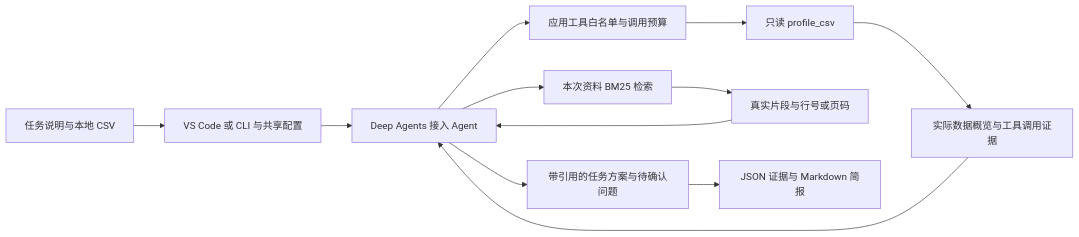
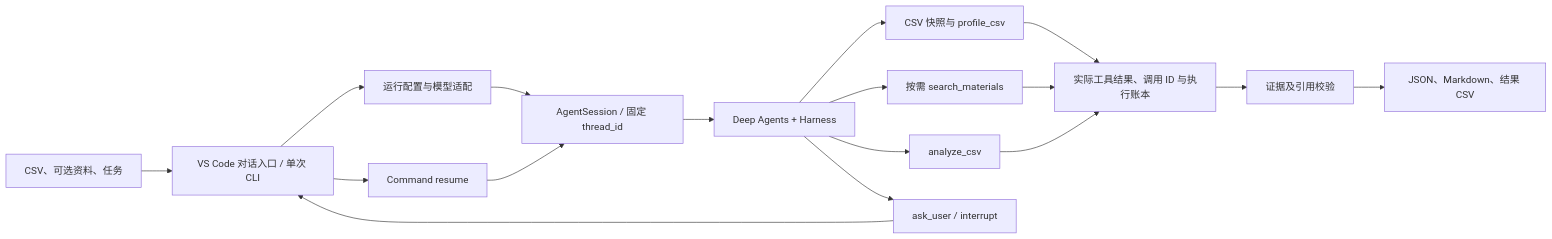
Before and after one commit to pypypaoying/LabWeaver: the diagram in docs/architecture.md, drawn with Mermaid. The commit also changed other lines of this file and 43 other files, not shown here.

Commit message:
feat: add automatic CSV statistics and resumable agent conversations

````diff
--- a/docs/architecture.md
+++ b/docs/architecture.md
@@ -5,14 +5,19 @@
 ```mermaid
 flowchart LR
-    U[任务说明与本地 CSV] --> C[VS Code 或 CLI 与共享配置]
-    C --> A[Deep Agents 接入 Agent]
-    A --> G[应用工具白名单与调用预算]
-    G --> P[只读 profile_csv]
-    P --> E[实际数据概览与工具调用证据]
-    E --> A
-    A --> S[本次资料 BM25 检索]
-    S --> D[真实片段与行号或页码]
-    D --> A
-    A --> Q[带引用的任务方案与待确认问题]
-    Q --> R[JSON 证据与 Markdown 简报]
+    U["CSV、可选资料、任务"] --> UI["VS Code 对话入口 / 单次 CLI"]
+    UI --> RT["运行配置与模型适配"]
+    RT --> S["AgentSession / 固定 thread_id"]
+    S --> H["Deep Agents + Harness"]
+    H --> P["CSV 快照与 profile_csv"]
+    H --> R["按需 search_materials"]
+    H --> A["analyze_csv"]
+    H --> Q["ask_user / interrupt"]
+    Q --> UI
+    UI --> B["Command resume"]
+    B --> S
+    P --> E["实际工具结果、调用 ID 与执行账本"]
+    R --> E
+    A --> E
+    E --> V["证据及引用校验"]
+    V --> O["JSON、Markdown、结果 CSV"]
 ```
````
